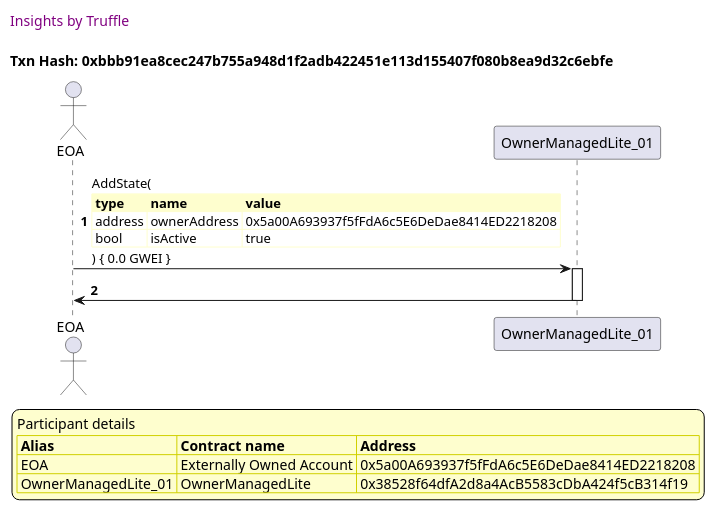
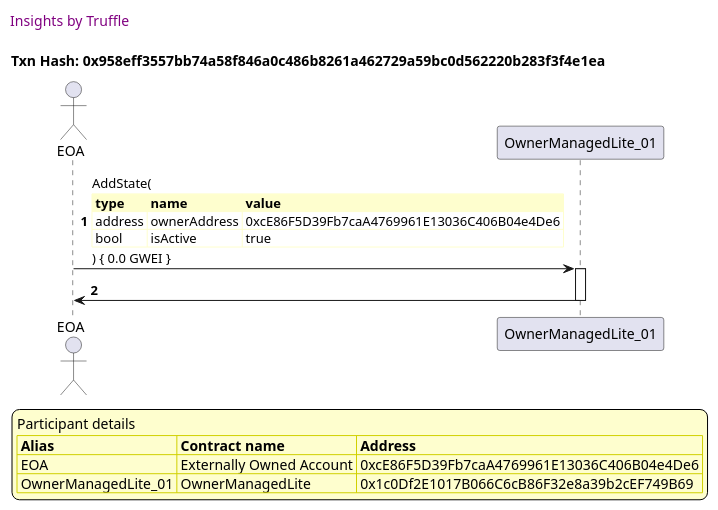
One commit to thedarkjester/ConsensysAssignment changed the second of 28 diagrams in truffle-seq/OwnerManagedLite_test_required_owners_amount.md. Above: the diagram before and after it, drawn with PlantUML. The commit also changed other lines of this file and 13 other files, not shown here.

````diff
--- a/truffle-seq/OwnerManagedLite_test_required_owners_amount.md
+++ b/truffle-seq/OwnerManagedLite_test_required_owners_amount.md
@@ -56,41 +56,41 @@
 ```plantuml
 
 
 @startuml
 
 autonumber
 skinparam legendBackgroundColor #FEFECE
 
 <style>
       header {
         HorizontalAlignment left
         FontColor purple
         FontSize 14
         Padding 10
       }
     </style>
 
 header Insights by Truffle
 
-title Txn Hash: 0xbbb91ea8cec247b755a948d1f2adb422451e113d155407f080b8ea9d32c6ebfe
+title Txn Hash: 0x958eff3557bb74a58f846a0c486b8261a462729a59bc0d562220b283f3f4e1ea
 
 
 actor EOA as "EOA"
 participant OwnerManagedLite_01 as "OwnerManagedLite_01"
 
 "EOA" -> "OwnerManagedLite_01" ++: AddState(\n\
 <#FEFECE,#FEFECE>|= type |= name |= value |\n\
-| address | ownerAddress | 0x5a00A693937f5fFdA6c5E6DeDae8414ED2218208 |\n\
+| address | ownerAddress | 0xcE86F5D39Fb7caA4769961E13036C406B04e4De6 |\n\
 | bool | isActive | true |\n\
 ) { 0.0 GWEI }
 "OwnerManagedLite_01" -> "EOA" --: 
 
 legend
 Participant details
 <#FEFECE,#D0D000>|= Alias |= Contract name |= Address |
-<#FEFECE>| EOA | Externally Owned Account | 0x5a00A693937f5fFdA6c5E6DeDae8414ED2218208 |
-<#FEFECE>| OwnerManagedLite_01 | OwnerManagedLite | 0x38528f64dfA2d8a4AcB5583cDbA424f5cB314f19 |
+<#FEFECE>| EOA | Externally Owned Account | 0xcE86F5D39Fb7caA4769961E13036C406B04e4De6 |
+<#FEFECE>| OwnerManagedLite_01 | OwnerManagedLite | 0x1c0Df2E1017B066C6cB86F32e8a39b2cEF749B69 |
 endlegend
 
 @enduml
 ```
````
